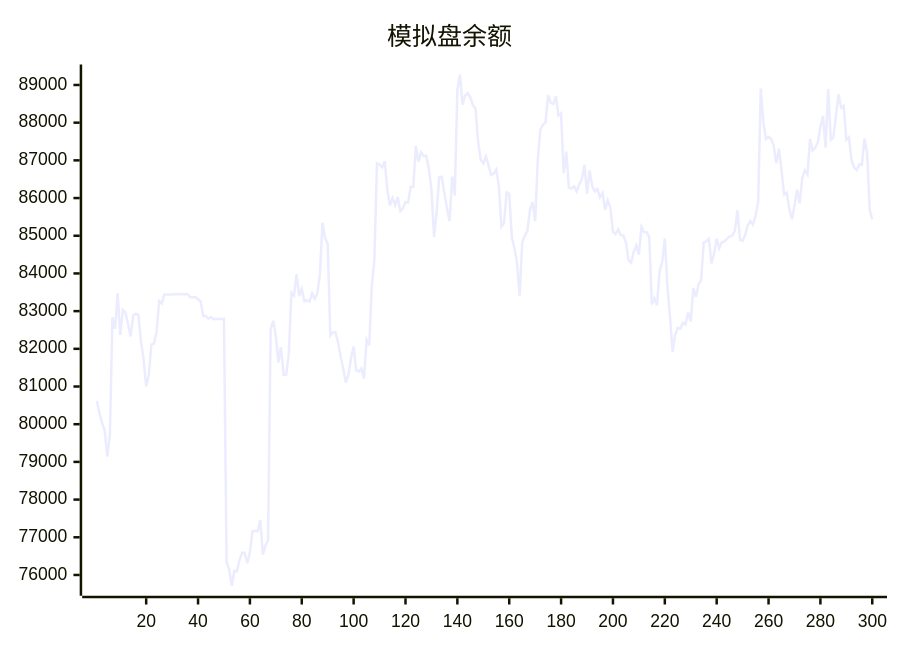
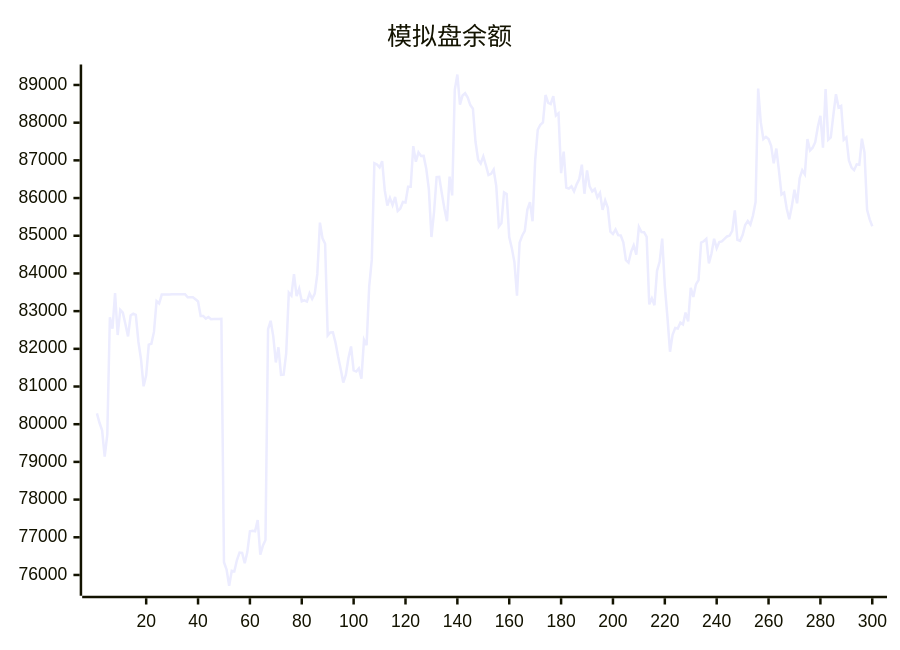
The diagram in README.md (aahl/ai-trading), drawn with Mermaid before and after one commit. The commit also changed other lines of this file and 1 other file, not shown here.

````diff
--- a/README.md
+++ b/README.md
@@ -5,5 +5,5 @@
 ```mermaid
 xychart
     title "模拟盘余额"
-    line [80616,80288,80038,79836,79142,79722,82837,82533,83480,82366,83032,82960,82654,82330,82883,82934,82901,82188,81728,81005,81298,82110,82135,82449,83264,83203,83440,83439,83440,83440,83446,83447,83448,83447,83448,83449,83369,83369,83369,83313,83256,82872,82873,82801,82844,82785,82791,82791,82793,82794,76339,76145,75714,76110,76096,76397,76594,76585,76310,76607,77160,77170,77160,77456,76541,76774,76927,82520,82744,82337,81639,82040,81307,81314,81887,83490,83414,83984,83396,83594,83261,83287,83253,83470,83327,83465,83987,85348,84930,84786,82355,82433,82438,82167,81795,81466,81105,81315,81756,82064,81426,81398,81481,81210,82242,82099,83658,84359,86925,86892,86814,86980,86203,85802,86003,85811,86028,85657,85721,85896,85880,86300,86299,87378,86965,87214,87115,87118,86780,86238,84966,85623,86555,86562,86129,85722,85387,86569,86070,88870,89278,88477,88720,88781,88668,88467,88372,87493,87018,86917,87102,86870,86613,86644,86758,86317,85242,85334,86149,86106,84968,84671,84302,83410,84816,85001,85127,85693,85891,85384,87001,87811,87945,88007,88734,88528,88495,88705,88189,88248,86662,87234,86279,86251,86314,86177,86364,86503,86886,86114,86731,86310,86176,86240,86017,86136,85685,85938,85749,85111,85044,85164,85016,85008,84824,84354,84287,84572,84745,84500,85234,85096,85095,84970,83180,83338,83157,84070,84309,84922,83667,82850,81924,82369,82552,82539,82695,82648,82962,82728,83619,83378,83710,83825,84819,84854,84917,84265,84527,84919,84668,84834,84850,84916,84981,85004,85131,85674,84891,84864,85019,85284,85393,85294,85538,85894,88904,88012,87567,87625,87568,87386,86920,87313,86737,86094,86143,85725,85437,85787,86219,85859,86526,86740,86630,87563,87264,87335,87483,87886,88180,87335,88894,87544,87608,88207,88755,88401,88444,87543,87608,87000,86810,86740,86894,86884,87576,87209,85686,85435]
+    line [80288,80038,79836,79142,79722,82837,82533,83480,82366,83032,82960,82654,82330,82883,82934,82901,82188,81728,81005,81298,82110,82135,82449,83264,83203,83440,83439,83440,83440,83446,83447,83448,83447,83448,83449,83369,83369,83369,83313,83256,82872,82873,82801,82844,82785,82791,82791,82793,82794,76339,76145,75714,76110,76096,76397,76594,76585,76310,76607,77160,77170,77160,77456,76541,76774,76927,82520,82744,82337,81639,82040,81307,81314,81887,83490,83414,83984,83396,83594,83261,83287,83253,83470,83327,83465,83987,85348,84930,84786,82355,82433,82438,82167,81795,81466,81105,81315,81756,82064,81426,81398,81481,81210,82242,82099,83658,84359,86925,86892,86814,86980,86203,85802,86003,85811,86028,85657,85721,85896,85880,86300,86299,87378,86965,87214,87115,87118,86780,86238,84966,85623,86555,86562,86129,85722,85387,86569,86070,88870,89278,88477,88720,88781,88668,88467,88372,87493,87018,86917,87102,86870,86613,86644,86758,86317,85242,85334,86149,86106,84968,84671,84302,83410,84816,85001,85127,85693,85891,85384,87001,87811,87945,88007,88734,88528,88495,88705,88189,88248,86662,87234,86279,86251,86314,86177,86364,86503,86886,86114,86731,86310,86176,86240,86017,86136,85685,85938,85749,85111,85044,85164,85016,85008,84824,84354,84287,84572,84745,84500,85234,85096,85095,84970,83180,83338,83157,84070,84309,84922,83667,82850,81924,82369,82552,82539,82695,82648,82962,82728,83619,83378,83710,83825,84819,84854,84917,84265,84527,84919,84668,84834,84850,84916,84981,85004,85131,85674,84891,84864,85019,85284,85393,85294,85538,85894,88904,88012,87567,87625,87568,87386,86920,87313,86737,86094,86143,85725,85437,85787,86219,85859,86526,86740,86630,87563,87264,87335,87483,87886,88180,87335,88894,87544,87608,88207,88755,88401,88444,87543,87608,87000,86810,86740,86894,86884,87576,87209,85686,85435,85251]
 ```
````
